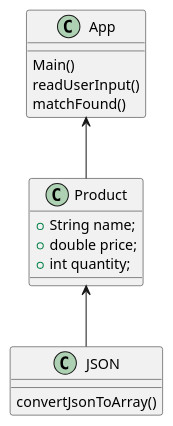
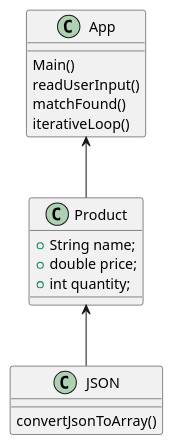
Before and after one commit to Drake-Scott/Java-Exercises-2: the diagram in src/main/java/oop/assignment3/ex44/ex44.puml, drawn with PlantUML. The commit also changed 14 other files, not shown here.

```diff
--- a/src/main/java/oop/assignment3/ex44/ex44.puml
+++ b/src/main/java/oop/assignment3/ex44/ex44.puml
@@ -1,21 +1,22 @@
 @startuml
 
 class App{
     Main()
     readUserInput()
     matchFound()
+    iterativeLoop()
 }
 
 class JSON{
     convertJsonToArray()
 }
 
 class Product{
     + String name;
     + double price;
     + int quantity;
 }
 App <-- Product
 Product <-- JSON
 
 @enduml
```
